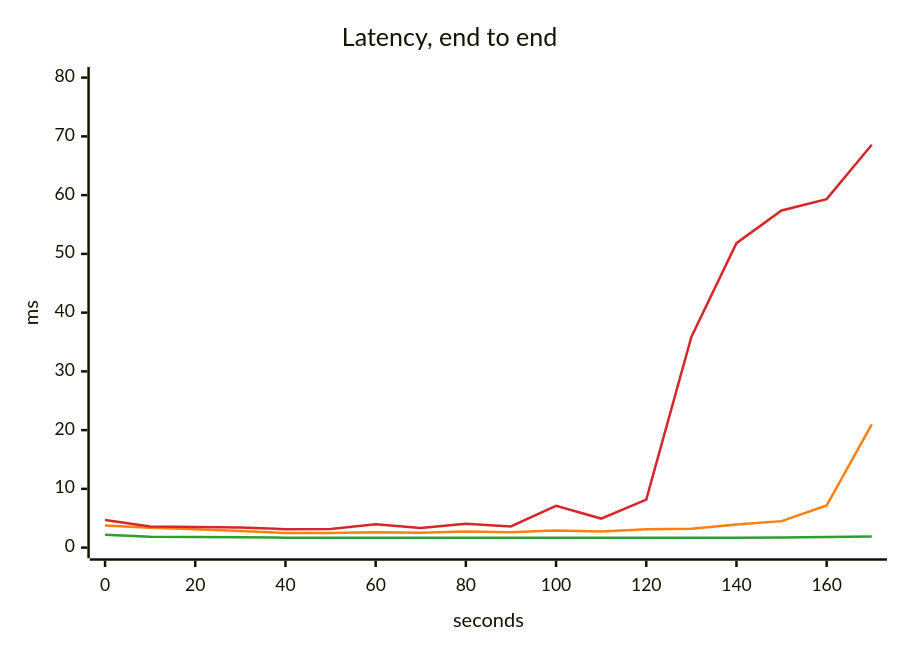
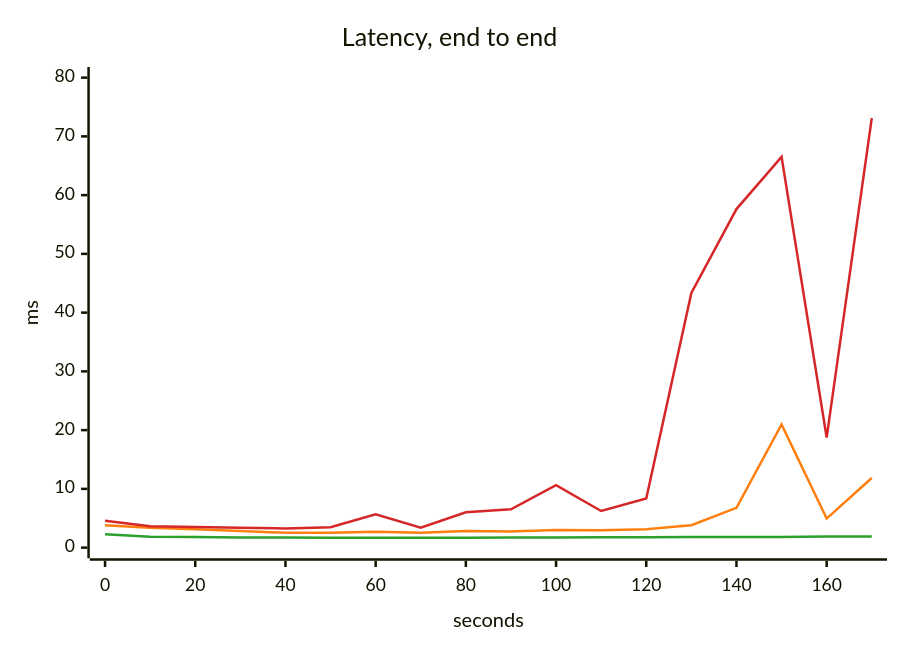
Before and after one commit to akinfemi/load-lore: the third of 5 diagrams in scenarios/stale-orders/solutions/read-your-writes/report.md, drawn with Mermaid. The commit also changed other lines of this file and 125 other files, not shown here.

````diff
--- a/scenarios/stale-orders/solutions/read-your-writes/report.md
+++ b/scenarios/stale-orders/solutions/read-your-writes/report.md
@@ -58,16 +60,16 @@
 ```mermaid
 ---
 config:
   themeVariables:
     xyChart:
       backgroundColor: "transparent"
       plotColorPalette: "#2ca02c, #ff7f0e, #d62728"
 ---
 xychart-beta
     title "Latency, end to end"
     x-axis "seconds" 0 --> 170
     y-axis "ms" 0 --> 80
-    line [2.21, 1.868, 1.794, 1.748, 1.7, 1.671, 1.672, 1.678, 1.662, 1.664, 1.682, 1.662, 1.697, 1.685, 1.698, 1.728, 1.814, 1.894]
-    line [3.752, 3.398, 3.126, 2.818, 2.508, 2.502, 2.615, 2.526, 2.743, 2.635, 2.905, 2.724, 3.111, 3.21, 3.928, 4.51, 7.163, 20.966]
-    line [4.688, 3.589, 3.516, 3.438, 3.138, 3.178, 3.998, 3.356, 4.083, 3.617, 7.114, 4.948, 8.159, 35.878, 51.829, 57.383, 59.32, 68.564]
+    line [2.264, 1.855, 1.795, 1.744, 1.719, 1.691, 1.684, 1.695, 1.684, 1.708, 1.743, 1.754, 1.768, 1.794, 1.82, 1.808, 1.9, 1.911]
+    line [3.829, 3.392, 3.129, 2.818, 2.531, 2.529, 2.684, 2.538, 2.814, 2.745, 2.997, 2.968, 3.145, 3.825, 6.771, 20.959, 4.947, 11.842]
+    line [4.588, 3.635, 3.516, 3.404, 3.262, 3.462, 5.675, 3.398, 6.027, 6.53, 10.638, 6.237, 8.351, 43.347, 57.628, 66.522, 18.734, 73.113]
 ```
````
